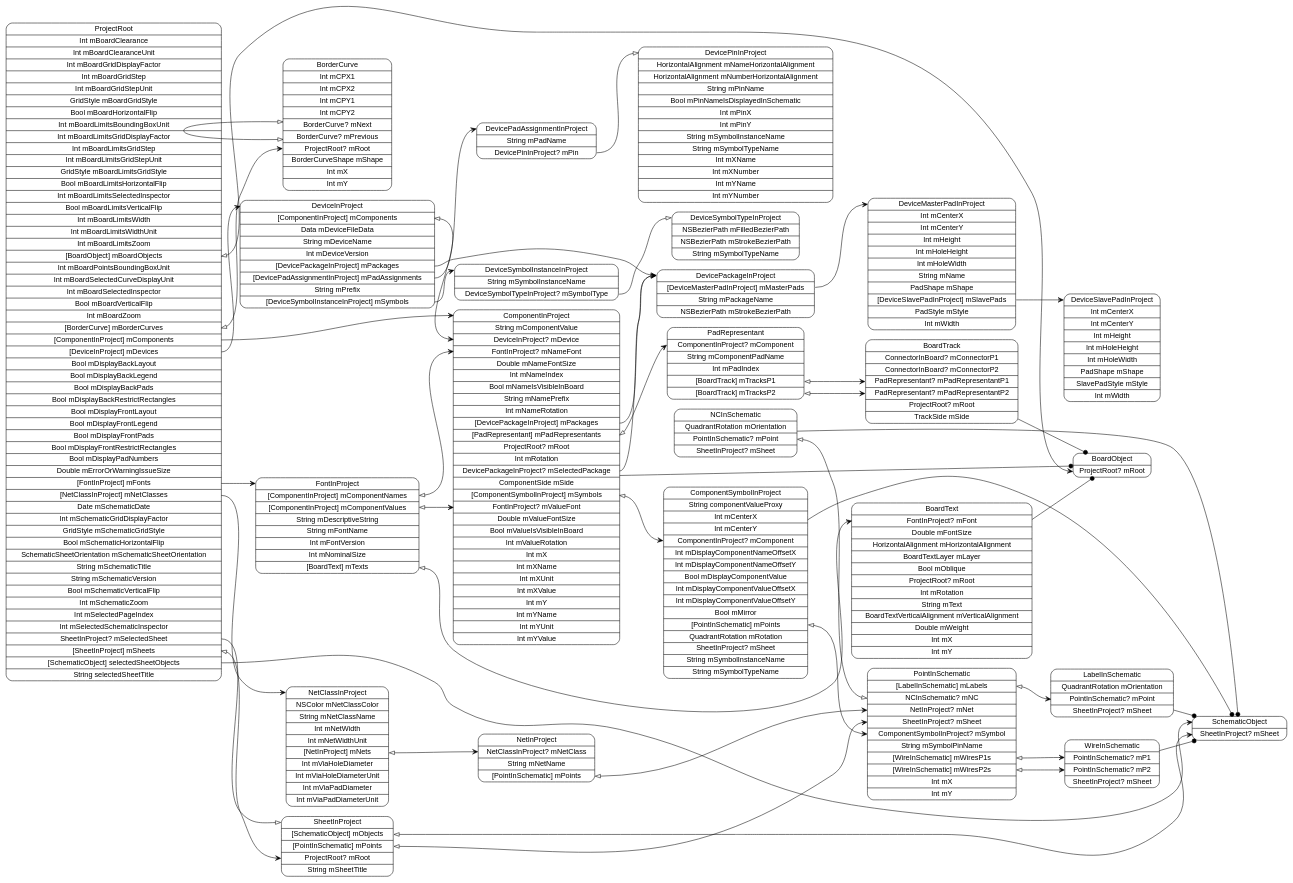
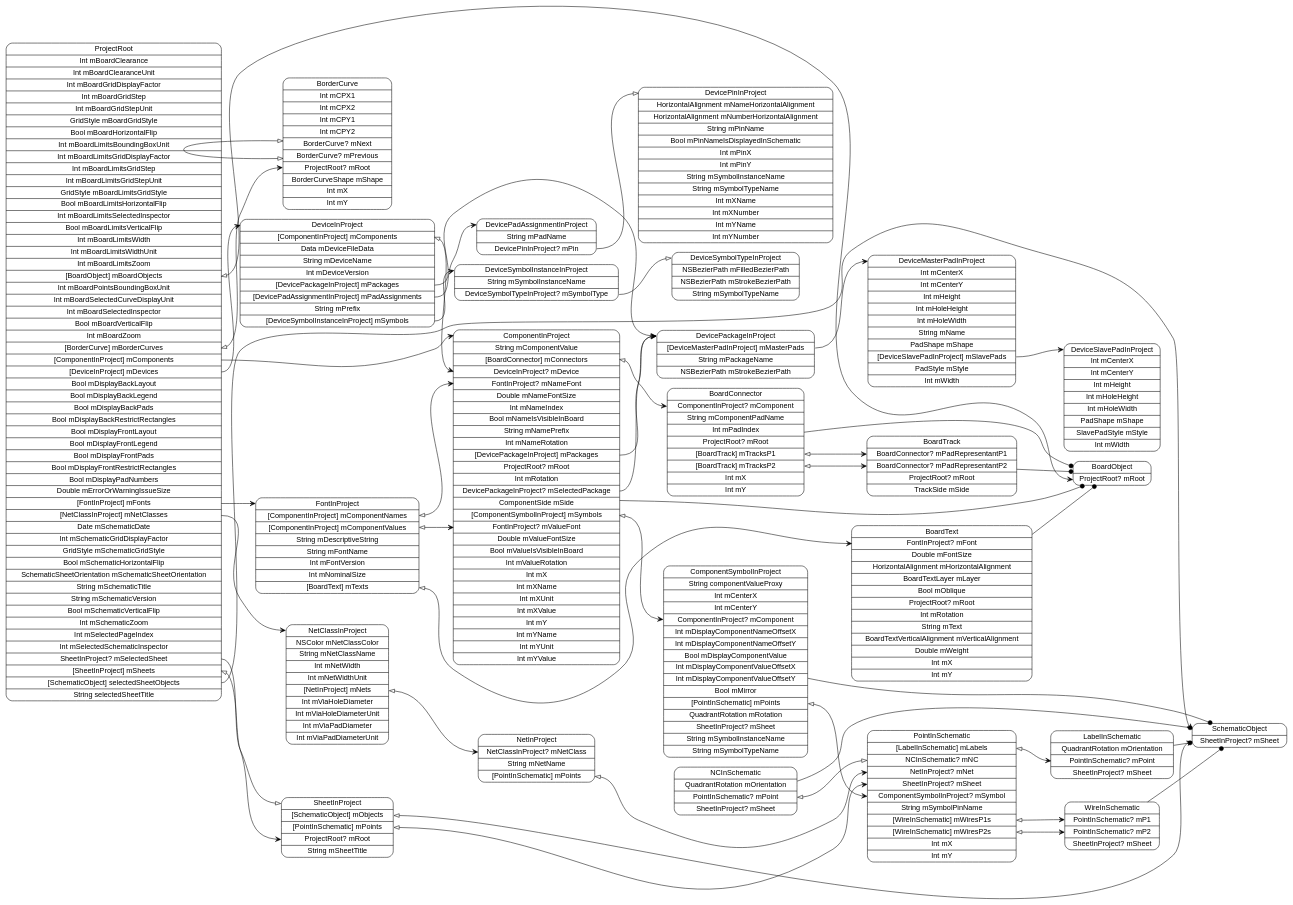
One commit to pierremolinaro/ElCanari-dev changed the diagram in models/ProjectRoot.dot. Above: the diagram before and after it, drawn with Graphviz. The commit also changed 45 other files, not shown here.

Commit message:
PadRepresentant -> BoardConnector

```diff
--- a/models/ProjectRoot.dot
+++ b/models/ProjectRoot.dot
@@ -1,72 +1,73 @@
 digraph G {
   rankdir=LR ;
   node [shape=record fontname=helvetica style=rounded] ;
   ProjectRoot[label="<ProjectRoot>ProjectRoot|Int mBoardClearance|Int mBoardClearanceUnit|Int mBoardGridDisplayFactor|Int mBoardGridStep|Int mBoardGridStepUnit|GridStyle mBoardGridStyle|Bool mBoardHorizontalFlip|Int mBoardLimitsBoundingBoxUnit|Int mBoardLimitsGridDisplayFactor|Int mBoardLimitsGridStep|Int mBoardLimitsGridStepUnit|GridStyle mBoardLimitsGridStyle|Bool mBoardLimitsHorizontalFlip|Int mBoardLimitsSelectedInspector|Bool mBoardLimitsVerticalFlip|Int mBoardLimitsWidth|Int mBoardLimitsWidthUnit|Int mBoardLimitsZoom|<mBoardObjects>[BoardObject] mBoardObjects|Int mBoardPointsBoundingBoxUnit|Int mBoardSelectedCurveDisplayUnit|Int mBoardSelectedInspector|Bool mBoardVerticalFlip|Int mBoardZoom|<mBorderCurves>[BorderCurve] mBorderCurves|<mComponents>[ComponentInProject] mComponents|<mDevices>[DeviceInProject] mDevices|Bool mDisplayBackLayout|Bool mDisplayBackLegend|Bool mDisplayBackPads|Bool mDisplayBackRestrictRectangles|Bool mDisplayFrontLayout|Bool mDisplayFrontLegend|Bool mDisplayFrontPads|Bool mDisplayFrontRestrictRectangles|Bool mDisplayPadNumbers|Double mErrorOrWarningIssueSize|<mFonts>[FontInProject] mFonts|<mNetClasses>[NetClassInProject] mNetClasses|Date mSchematicDate|Int mSchematicGridDisplayFactor|GridStyle mSchematicGridStyle|Bool mSchematicHorizontalFlip|SchematicSheetOrientation mSchematicSheetOrientation|String mSchematicTitle|String mSchematicVersion|Bool mSchematicVerticalFlip|Int mSchematicZoom|Int mSelectedPageIndex|Int mSelectedSchematicInspector|<mSelectedSheet>SheetInProject? mSelectedSheet|<mSheets>[SheetInProject] mSheets|<selectedSheetObjects>[SchematicObject] selectedSheetObjects|String selectedSheetTitle"] ;
   SchematicObject[label="<SchematicObject>SchematicObject|<mSheet>SheetInProject? mSheet"] ;
   SheetInProject[label="<SheetInProject>SheetInProject|<mObjects>[SchematicObject] mObjects|<mPoints>[PointInSchematic] mPoints|<mRoot>ProjectRoot? mRoot|String mSheetTitle"] ;
   PointInSchematic[label="<PointInSchematic>PointInSchematic|<mLabels>[LabelInSchematic] mLabels|<mNC>NCInSchematic? mNC|<mNet>NetInProject? mNet|<mSheet>SheetInProject? mSheet|<mSymbol>ComponentSymbolInProject? mSymbol|String mSymbolPinName|<mWiresP1s>[WireInSchematic] mWiresP1s|<mWiresP2s>[WireInSchematic] mWiresP2s|Int mX|Int mY"] ;
   WireInSchematic[label="<WireInSchematic>WireInSchematic|<mP1>PointInSchematic? mP1|<mP2>PointInSchematic? mP2|<mSheet>SheetInProject? mSheet"] ;
   NCInSchematic[label="<NCInSchematic>NCInSchematic|QuadrantRotation mOrientation|<mPoint>PointInSchematic? mPoint|<mSheet>SheetInProject? mSheet"] ;
   LabelInSchematic[label="<LabelInSchematic>LabelInSchematic|QuadrantRotation mOrientation|<mPoint>PointInSchematic? mPoint|<mSheet>SheetInProject? mSheet"] ;
   NetClassInProject[label="<NetClassInProject>NetClassInProject|NSColor mNetClassColor|String mNetClassName|Int mNetWidth|Int mNetWidthUnit|<mNets>[NetInProject] mNets|Int mViaHoleDiameter|Int mViaHoleDiameterUnit|Int mViaPadDiameter|Int mViaPadDiameterUnit"] ;
   NetInProject[label="<NetInProject>NetInProject|<mNetClass>NetClassInProject? mNetClass|String mNetName|<mPoints>[PointInSchematic] mPoints"] ;
   FontInProject[label="<FontInProject>FontInProject|<mComponentNames>[ComponentInProject] mComponentNames|<mComponentValues>[ComponentInProject] mComponentValues|String mDescriptiveString|String mFontName|Int mFontVersion|Int mNominalSize|<mTexts>[BoardText] mTexts"] ;
   BoardText[label="<BoardText>BoardText|<mFont>FontInProject? mFont|Double mFontSize|HorizontalAlignment mHorizontalAlignment|BoardTextLayer mLayer|Bool mOblique|<mRoot>ProjectRoot? mRoot|Int mRotation|String mText|BoardTextVerticalAlignment mVerticalAlignment|Double mWeight|Int mX|Int mY"] ;
   DeviceInProject[label="<DeviceInProject>DeviceInProject|<mComponents>[ComponentInProject] mComponents|Data mDeviceFileData|String mDeviceName|Int mDeviceVersion|<mPackages>[DevicePackageInProject] mPackages|<mPadAssignments>[DevicePadAssignmentInProject] mPadAssignments|String mPrefix|<mSymbols>[DeviceSymbolInstanceInProject] mSymbols"] ;
   DeviceSymbolInstanceInProject[label="<DeviceSymbolInstanceInProject>DeviceSymbolInstanceInProject|String mSymbolInstanceName|<mSymbolType>DeviceSymbolTypeInProject? mSymbolType"] ;
   DeviceSymbolTypeInProject[label="<DeviceSymbolTypeInProject>DeviceSymbolTypeInProject|NSBezierPath mFilledBezierPath|NSBezierPath mStrokeBezierPath|String mSymbolTypeName"] ;
   DevicePadAssignmentInProject[label="<DevicePadAssignmentInProject>DevicePadAssignmentInProject|String mPadName|<mPin>DevicePinInProject? mPin"] ;
   DevicePinInProject[label="<DevicePinInProject>DevicePinInProject|HorizontalAlignment mNameHorizontalAlignment|HorizontalAlignment mNumberHorizontalAlignment|String mPinName|Bool mPinNameIsDisplayedInSchematic|Int mPinX|Int mPinY|String mSymbolInstanceName|String mSymbolTypeName|Int mXName|Int mXNumber|Int mYName|Int mYNumber"] ;
   DevicePackageInProject[label="<DevicePackageInProject>DevicePackageInProject|<mMasterPads>[DeviceMasterPadInProject] mMasterPads|String mPackageName|NSBezierPath mStrokeBezierPath"] ;
   DeviceMasterPadInProject[label="<DeviceMasterPadInProject>DeviceMasterPadInProject|Int mCenterX|Int mCenterY|Int mHeight|Int mHoleHeight|Int mHoleWidth|String mName|PadShape mShape|<mSlavePads>[DeviceSlavePadInProject] mSlavePads|PadStyle mStyle|Int mWidth"] ;
   DeviceSlavePadInProject[label="<DeviceSlavePadInProject>DeviceSlavePadInProject|Int mCenterX|Int mCenterY|Int mHeight|Int mHoleHeight|Int mHoleWidth|PadShape mShape|SlavePadStyle mStyle|Int mWidth"] ;
-  ComponentInProject[label="<ComponentInProject>ComponentInProject|String mComponentValue|<mDevice>DeviceInProject? mDevice|<mNameFont>FontInProject? mNameFont|Double mNameFontSize|Int mNameIndex|Bool mNameIsVisibleInBoard|String mNamePrefix|Int mNameRotation|<mPackages>[DevicePackageInProject] mPackages|<mPadRepresentants>[PadRepresentant] mPadRepresentants|<mRoot>ProjectRoot? mRoot|Int mRotation|<mSelectedPackage>DevicePackageInProject? mSelectedPackage|ComponentSide mSide|<mSymbols>[ComponentSymbolInProject] mSymbols|<mValueFont>FontInProject? mValueFont|Double mValueFontSize|Bool mValueIsVisibleInBoard|Int mValueRotation|Int mX|Int mXName|Int mXUnit|Int mXValue|Int mY|Int mYName|Int mYUnit|Int mYValue"] ;
+  ComponentInProject[label="<ComponentInProject>ComponentInProject|String mComponentValue|<mConnectors>[BoardConnector] mConnectors|<mDevice>DeviceInProject? mDevice|<mNameFont>FontInProject? mNameFont|Double mNameFontSize|Int mNameIndex|Bool mNameIsVisibleInBoard|String mNamePrefix|Int mNameRotation|<mPackages>[DevicePackageInProject] mPackages|<mRoot>ProjectRoot? mRoot|Int mRotation|<mSelectedPackage>DevicePackageInProject? mSelectedPackage|ComponentSide mSide|<mSymbols>[ComponentSymbolInProject] mSymbols|<mValueFont>FontInProject? mValueFont|Double mValueFontSize|Bool mValueIsVisibleInBoard|Int mValueRotation|Int mX|Int mXName|Int mXUnit|Int mXValue|Int mY|Int mYName|Int mYUnit|Int mYValue"] ;
   ComponentSymbolInProject[label="<ComponentSymbolInProject>ComponentSymbolInProject|String componentValueProxy|Int mCenterX|Int mCenterY|<mComponent>ComponentInProject? mComponent|Int mDisplayComponentNameOffsetX|Int mDisplayComponentNameOffsetY|Bool mDisplayComponentValue|Int mDisplayComponentValueOffsetX|Int mDisplayComponentValueOffsetY|Bool mMirror|<mPoints>[PointInSchematic] mPoints|QuadrantRotation mRotation|<mSheet>SheetInProject? mSheet|String mSymbolInstanceName|String mSymbolTypeName"] ;
-  PadRepresentant[label="<PadRepresentant>PadRepresentant|<mComponent>ComponentInProject? mComponent|String mComponentPadName|Int mPadIndex|<mTracksP1>[BoardTrack] mTracksP1|<mTracksP2>[BoardTrack] mTracksP2"] ;
-  BoardTrack[label="<BoardTrack>BoardTrack|<mConnectorP1>ConnectorInBoard? mConnectorP1|<mConnectorP2>ConnectorInBoard? mConnectorP2|<mPadRepresentantP1>PadRepresentant? mPadRepresentantP1|<mPadRepresentantP2>PadRepresentant? mPadRepresentantP2|<mRoot>ProjectRoot? mRoot|TrackSide mSide"] ;
+  BoardConnector[label="<BoardConnector>BoardConnector|<mComponent>ComponentInProject? mComponent|String mComponentPadName|Int mPadIndex|<mRoot>ProjectRoot? mRoot|<mTracksP1>[BoardTrack] mTracksP1|<mTracksP2>[BoardTrack] mTracksP2|Int mX|Int mY"] ;
+  BoardTrack[label="<BoardTrack>BoardTrack|<mPadRepresentantP1>BoardConnector? mPadRepresentantP1|<mPadRepresentantP2>BoardConnector? mPadRepresentantP2|<mRoot>ProjectRoot? mRoot|TrackSide mSide"] ;
   BorderCurve[label="<BorderCurve>BorderCurve|Int mCPX1|Int mCPX2|Int mCPY1|Int mCPY2|<mNext>BorderCurve? mNext|<mPrevious>BorderCurve? mPrevious|<mRoot>ProjectRoot? mRoot|BorderCurveShape mShape|Int mX|Int mY"] ;
   BoardObject[label="<BoardObject>BoardObject|<mRoot>ProjectRoot? mRoot"] ;
   ProjectRoot:mBoardObjects -> BoardObject:mRoot [dir=both arrowtail=onormal arrowhead=vee] ;
   ProjectRoot:mBorderCurves -> BorderCurve:mRoot [dir=both arrowtail=onormal arrowhead=vee] ;
   ProjectRoot:mComponents -> ComponentInProject:ComponentInProject [dir=both arrowtail=none arrowhead=vee] ;
   ProjectRoot:mDevices -> DeviceInProject:DeviceInProject [dir=both arrowtail=none arrowhead=vee] ;
   ProjectRoot:mFonts -> FontInProject:FontInProject [dir=both arrowtail=none arrowhead=vee] ;
   ProjectRoot:mNetClasses -> NetClassInProject:NetClassInProject [dir=both arrowtail=none arrowhead=vee] ;
   ProjectRoot:mSelectedSheet -> SheetInProject:SheetInProject [dir=both arrowtail=none arrowhead=onormal] ;
   ProjectRoot:mSheets -> SheetInProject:mRoot [dir=both arrowtail=onormal arrowhead=vee] ;
   ProjectRoot:selectedSheetObjects -> SchematicObject:SchematicObject [dir=both arrowtail=none arrowhead=vee] ;
   SheetInProject:mObjects -> SchematicObject:mSheet [dir=both arrowtail=onormal arrowhead=vee] ;
   SheetInProject:mPoints -> PointInSchematic:mSheet [dir=both arrowtail=onormal arrowhead=vee] ;
   PointInSchematic:mLabels -> LabelInSchematic:mPoint [dir=both arrowtail=onormal arrowhead=vee] ;
   PointInSchematic:mWiresP1s -> WireInSchematic:mP1 [dir=both arrowtail=onormal arrowhead=vee] ;
   PointInSchematic:mWiresP2s -> WireInSchematic:mP2 [dir=both arrowtail=onormal arrowhead=vee] ;
   WireInSchematic -> SchematicObject [arrowhead=dot] ;
   NCInSchematic -> SchematicObject [arrowhead=dot] ;
   NCInSchematic:mPoint -> PointInSchematic:mNC [dir=both arrowtail=onormal arrowhead=onormal] ;
   LabelInSchematic -> SchematicObject [arrowhead=dot] ;
   NetClassInProject:mNets -> NetInProject:mNetClass [dir=both arrowtail=onormal arrowhead=vee] ;
   NetInProject:mPoints -> PointInSchematic:mNet [dir=both arrowtail=onormal arrowhead=vee] ;
   FontInProject:mComponentNames -> ComponentInProject:mNameFont [dir=both arrowtail=onormal arrowhead=vee] ;
   FontInProject:mComponentValues -> ComponentInProject:mValueFont [dir=both arrowtail=onormal arrowhead=vee] ;
   FontInProject:mTexts -> BoardText:mFont [dir=both arrowtail=onormal arrowhead=vee] ;
   BoardText -> BoardObject [arrowhead=dot] ;
   DeviceInProject:mComponents -> ComponentInProject:mDevice [dir=both arrowtail=onormal arrowhead=vee] ;
   DeviceInProject:mPackages -> DevicePackageInProject:DevicePackageInProject [dir=both arrowtail=none arrowhead=vee] ;
   DeviceInProject:mPadAssignments -> DevicePadAssignmentInProject:DevicePadAssignmentInProject [dir=both arrowtail=none arrowhead=vee] ;
   DeviceInProject:mSymbols -> DeviceSymbolInstanceInProject:DeviceSymbolInstanceInProject [dir=both arrowtail=none arrowhead=vee] ;
   DeviceSymbolInstanceInProject:mSymbolType -> DeviceSymbolTypeInProject:DeviceSymbolTypeInProject [dir=both arrowtail=none arrowhead=onormal] ;
   DevicePadAssignmentInProject:mPin -> DevicePinInProject:DevicePinInProject [dir=both arrowtail=none arrowhead=onormal] ;
   DevicePackageInProject:mMasterPads -> DeviceMasterPadInProject:DeviceMasterPadInProject [dir=both arrowtail=none arrowhead=vee] ;
   DeviceMasterPadInProject:mSlavePads -> DeviceSlavePadInProject:DeviceSlavePadInProject [dir=both arrowtail=none arrowhead=vee] ;
   ComponentInProject -> BoardObject [arrowhead=dot] ;
+  ComponentInProject:mConnectors -> BoardConnector:mComponent [dir=both arrowtail=onormal arrowhead=vee] ;
   ComponentInProject:mPackages -> DevicePackageInProject:DevicePackageInProject [dir=both arrowtail=none arrowhead=vee] ;
-  ComponentInProject:mPadRepresentants -> PadRepresentant:mComponent [dir=both arrowtail=onormal arrowhead=vee] ;
   ComponentInProject:mSelectedPackage -> DevicePackageInProject:DevicePackageInProject [dir=both arrowtail=none arrowhead=onormal] ;
   ComponentInProject:mSymbols -> ComponentSymbolInProject:mComponent [dir=both arrowtail=onormal arrowhead=vee] ;
   ComponentSymbolInProject -> SchematicObject [arrowhead=dot] ;
   ComponentSymbolInProject:mPoints -> PointInSchematic:mSymbol [dir=both arrowtail=onormal arrowhead=vee] ;
-  PadRepresentant:mTracksP1 -> BoardTrack:mPadRepresentantP1 [dir=both arrowtail=onormal arrowhead=vee] ;
-  PadRepresentant:mTracksP2 -> BoardTrack:mPadRepresentantP2 [dir=both arrowtail=onormal arrowhead=vee] ;
+  BoardConnector -> BoardObject [arrowhead=dot] ;
+  BoardConnector:mTracksP1 -> BoardTrack:mPadRepresentantP1 [dir=both arrowtail=onormal arrowhead=vee] ;
+  BoardConnector:mTracksP2 -> BoardTrack:mPadRepresentantP2 [dir=both arrowtail=onormal arrowhead=vee] ;
   BoardTrack -> BoardObject [arrowhead=dot] ;
   BorderCurve:mPrevious -> BorderCurve:mNext [dir=both arrowtail=onormal arrowhead=onormal] ;
 }
```
